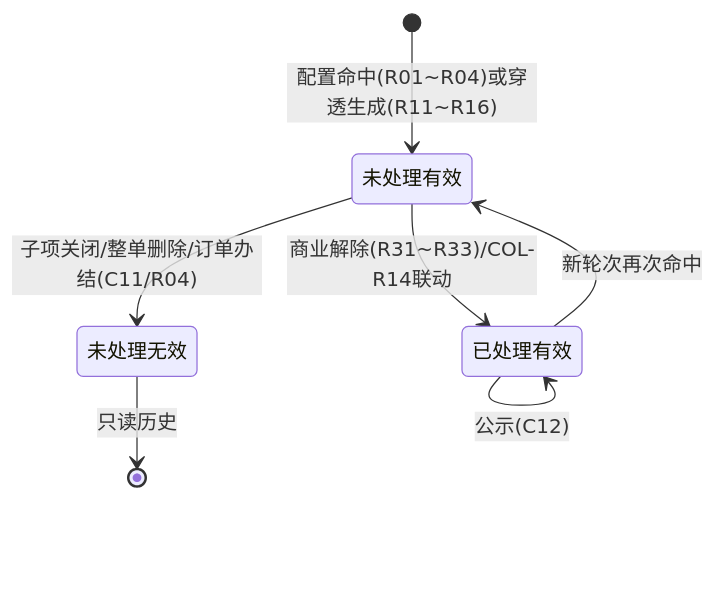
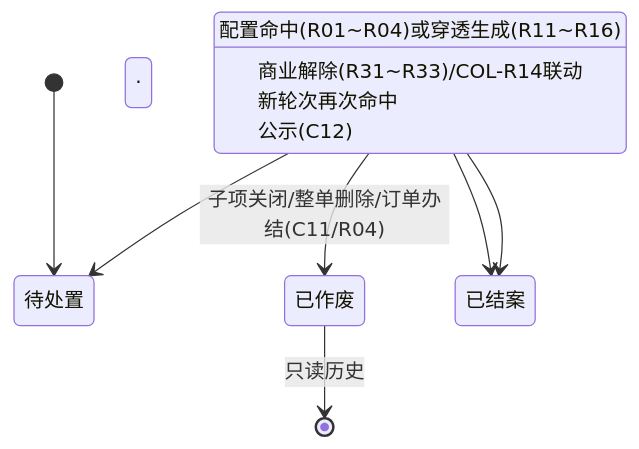
One commit to RobertHuang999/SYZC changed the first of 7 diagrams in 02-PRD文档/B-迭代需求/6.2版本（2026.08）/02-预警信息/02押品预警信息/押品预警信息业务规则规格.md. Above: the diagram before and after it, drawn with Mermaid. The commit also changed other lines of this file and 76 other files, not shown here.

````diff
--- a/02-PRD文档/B-迭代需求/6.2版本（2026.08）/02-预警信息/02押品预警信息/押品预警信息业务规则规格.md
+++ b/02-PRD文档/B-迭代需求/6.2版本（2026.08）/02-预警信息/02押品预警信息/押品预警信息业务规则规格.md
@@ -55,9 +55,9 @@
 ```mermaid
 stateDiagram-v2
-    [*] --> 未处理有效: 配置命中(R01~R04)或穿透生成(R11~R16)
-    未处理有效 --> 未处理无效: 子项关闭/整单删除/订单办结(C11/R04)
-    未处理有效 --> 已处理有效: 商业解除(R31~R33)/COL-R14联动
-    已处理有效 --> 未处理有效: 新轮次再次命中
-    未处理无效 --> [*]: 只读历史
-    已处理有效 --> 已处理有效: 公示(C12)
+    [*] --> 待处置 · 有效: 配置命中(R01~R04)或穿透生成(R11~R16)
+    待处置 · 有效 --> 已作废: 子项关闭/整单删除/订单办结(C11/R04)
+    待处置 · 有效 --> 已结案 · 有效: 商业解除(R31~R33)/COL-R14联动
+    已结案 · 有效 --> 待处置 · 有效: 新轮次再次命中
+    已作废 --> [*]: 只读历史
+    已结案 · 有效 --> 已结案 · 有效: 公示(C12)
 ```
````
